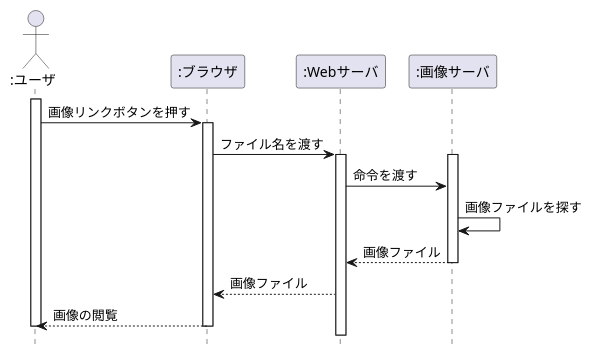
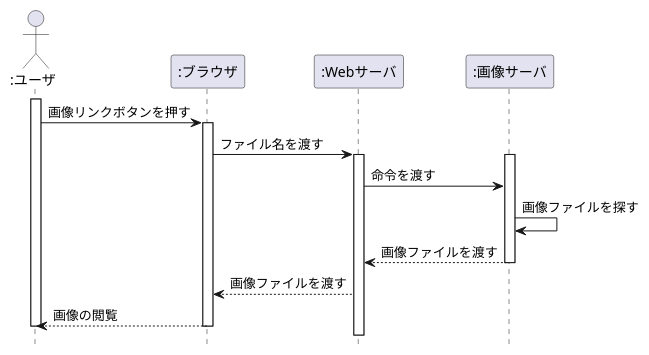
One commit to orenouserNamehaKawamura1/uml-introduction changed the diagram in 演習4‐6_SD_Web画像検索.pu. Above: the diagram before and after it, drawn with PlantUML.

Commit message:
４‐６修正

```diff
--- a/演習4‐6_SD_Web画像検索.pu
+++ b/演習4‐6_SD_Web画像検索.pu
@@ -1,21 +1,21 @@
 @startuml
 hide footbox
 actor ":ユーザ" as user
 participant ":ブラウザ" as browse
 participant ":Webサーバ" as web
 participant ":画像サーバ" as image
 activate user
     user -> browse :画像リンクボタンを押す
     activate browse
         browse -> web : ファイル名を渡す
         activate web
             activate image
                 web -> image :命令を渡す
                 image -> image :画像ファイルを探す
-                image --> web :画像ファイル
+                image --> web :画像ファイルを渡す
             deactivate image
-        web --> browse :画像ファイル
+        web --> browse :画像ファイルを渡す
      browse --> user :画像の閲覧
     deactivate browse
 deactivate user
 @enduml
```
